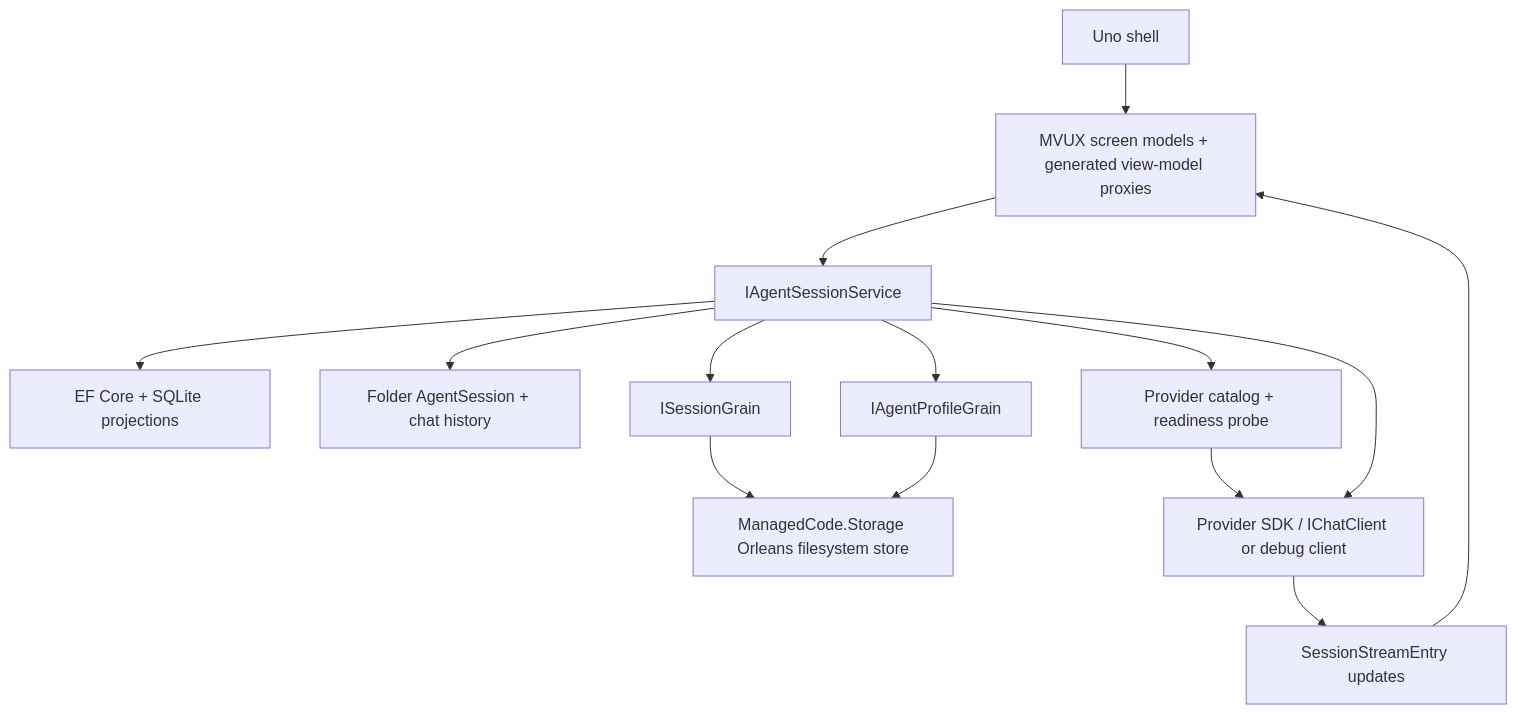
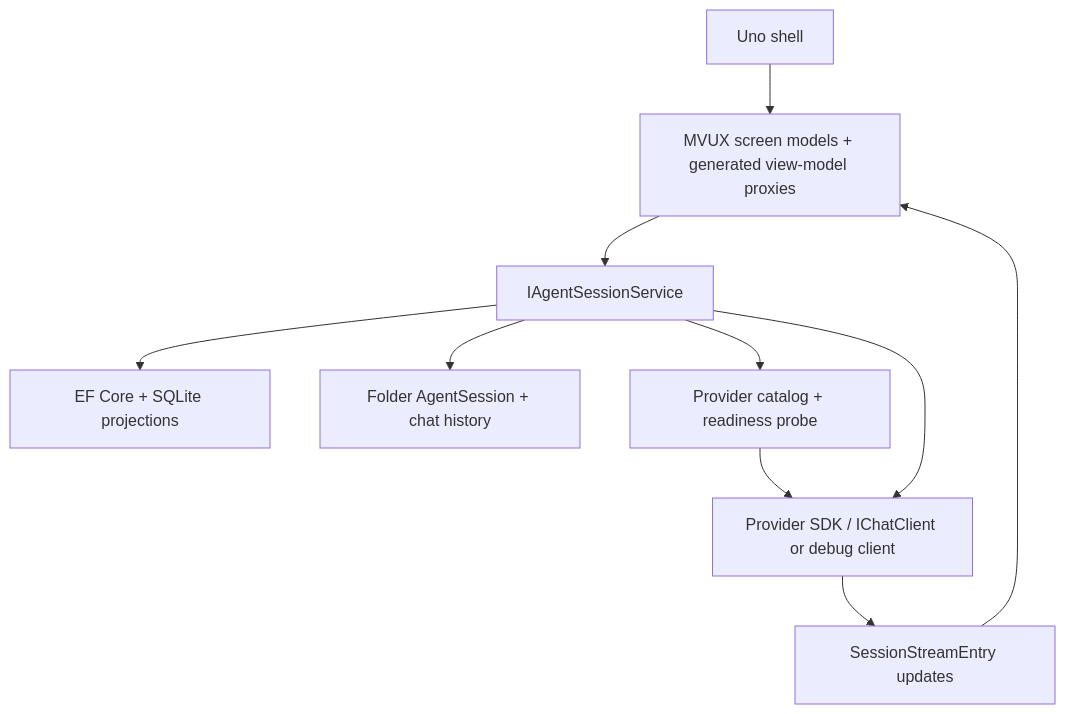
One commit to managedcode/dotPilot changed the third of 4 diagrams in docs/Architecture.md. Above: the diagram before and after it, drawn with Mermaid. The commit also changed other lines of this file and 61 other files, not shown here.

````diff
--- a/docs/Architecture.md
+++ b/docs/Architecture.md
@@ -68,28 +70,21 @@
 ```mermaid
 flowchart TD
   Ui["Uno shell"]
   ViewModels["MVUX screen models + generated view-model proxies"]
   Service["IAgentSessionService"]
   ProjectionStore["EF Core + SQLite projections"]
   SessionStore["Folder AgentSession + chat history"]
-  SessionGrain["ISessionGrain"]
-  AgentGrain["IAgentProfileGrain"]
-  GrainStore["ManagedCode.Storage Orleans filesystem store"]
   ProviderCatalog["Provider catalog + readiness probe"]
   ProviderClient["Provider SDK / IChatClient or debug client"]
   Stream["SessionStreamEntry updates"]
 
   Ui --> ViewModels
   ViewModels --> Service
   Service --> ProjectionStore
   Service --> SessionStore
-  Service --> SessionGrain
-  Service --> AgentGrain
-  SessionGrain --> GrainStore
-  AgentGrain --> GrainStore
   Service --> ProviderCatalog
   ProviderCatalog --> ProviderClient
   Service --> ProviderClient
   ProviderClient --> Stream
   Stream --> ViewModels
 ```
````
